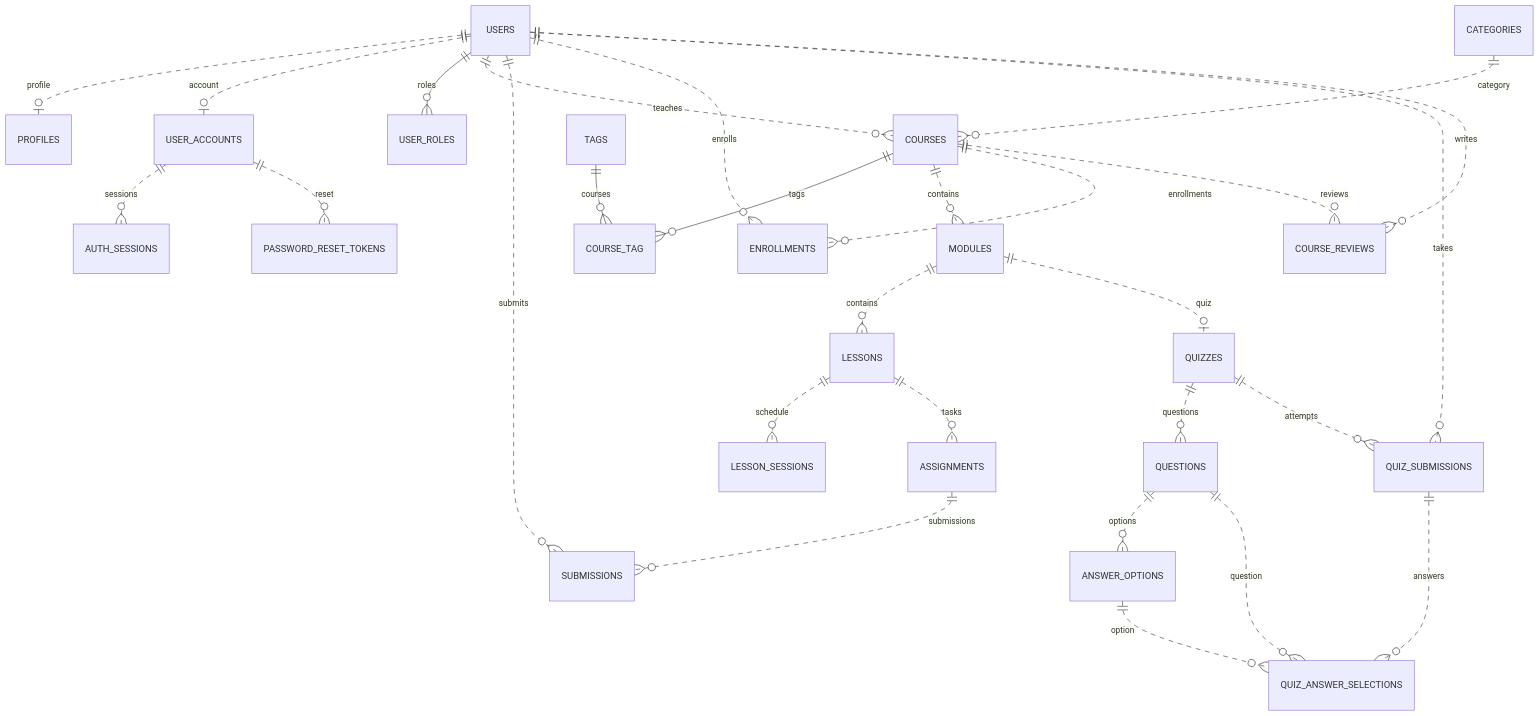
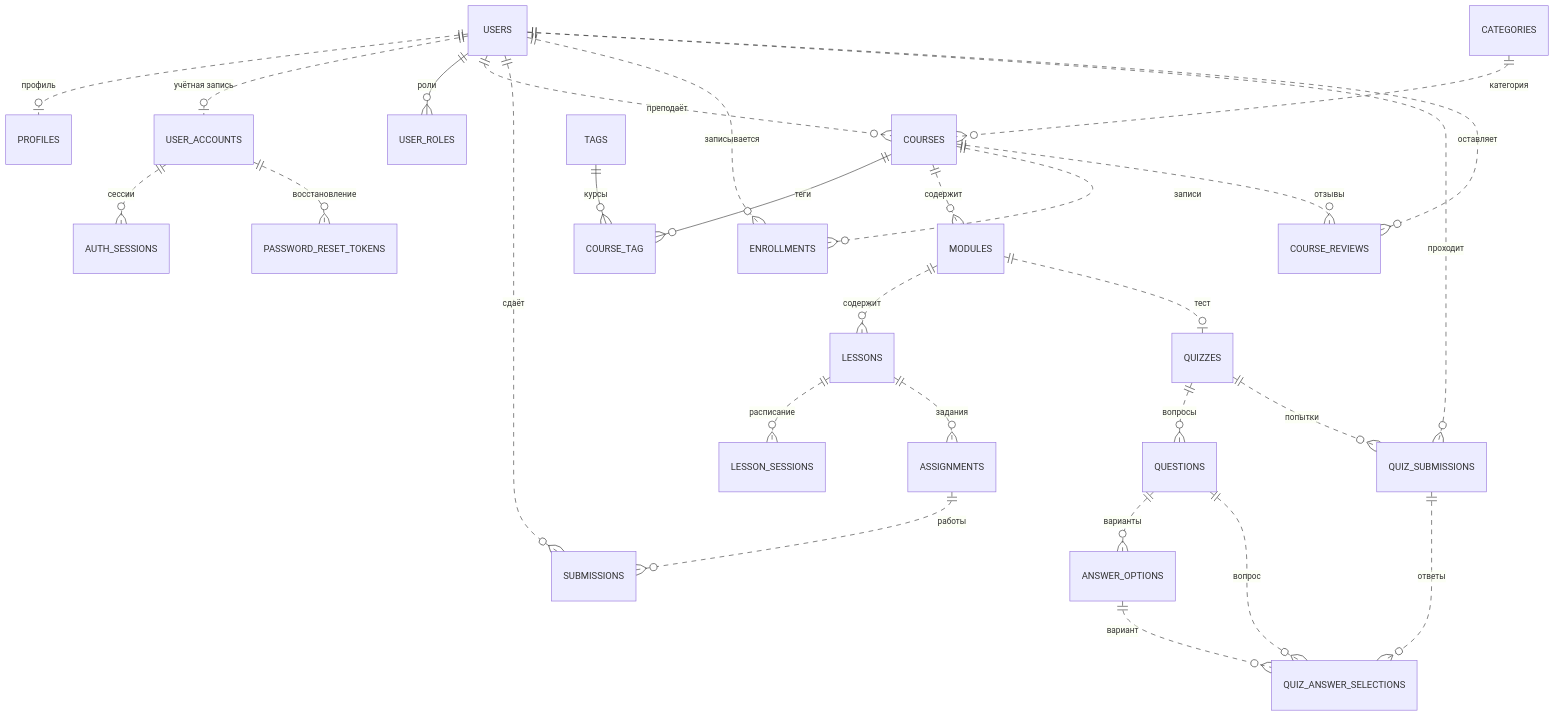
Before and after one commit to vkuryndin/CourseFlow: the third of 4 diagrams in docs/ARCHITECTURE.md, drawn with Mermaid. The commit also changed other lines of this file and 5 other files, not shown here.

````diff
--- a/docs/ARCHITECTURE.md
+++ b/docs/ARCHITECTURE.md
@@ -127,30 +166,30 @@
 ```mermaid
 erDiagram
-    USERS ||..o| PROFILES : profile
-    USERS ||..o| USER_ACCOUNTS : account
-    USERS ||--o{ USER_ROLES : roles
-    USER_ACCOUNTS ||..o{ AUTH_SESSIONS : sessions
-    USER_ACCOUNTS ||..o{ PASSWORD_RESET_TOKENS : reset
-    USERS ||..o{ COURSES : teaches
-    CATEGORIES ||..o{ COURSES : category
-    COURSES ||--o{ COURSE_TAG : tags
-    TAGS ||--o{ COURSE_TAG : courses
-    COURSES ||..o{ MODULES : contains
-    MODULES ||..o{ LESSONS : contains
-    LESSONS ||..o{ LESSON_SESSIONS : schedule
-    LESSONS ||..o{ ASSIGNMENTS : tasks
-    ASSIGNMENTS ||..o{ SUBMISSIONS : submissions
-    USERS ||..o{ SUBMISSIONS : submits
-    USERS ||..o{ ENROLLMENTS : enrolls
-    COURSES ||..o{ ENROLLMENTS : enrollments
-    MODULES ||..o| QUIZZES : quiz
-    QUIZZES ||..o{ QUESTIONS : questions
-    QUESTIONS ||..o{ ANSWER_OPTIONS : options
-    QUIZZES ||..o{ QUIZ_SUBMISSIONS : attempts
-    USERS ||..o{ QUIZ_SUBMISSIONS : takes
-    QUIZ_SUBMISSIONS ||..o{ QUIZ_ANSWER_SELECTIONS : answers
-    QUESTIONS ||..o{ QUIZ_ANSWER_SELECTIONS : question
-    ANSWER_OPTIONS ||..o{ QUIZ_ANSWER_SELECTIONS : option
-    USERS ||..o{ COURSE_REVIEWS : writes
-    COURSES ||..o{ COURSE_REVIEWS : reviews
+    USERS ||..o| PROFILES : "профиль"
+    USERS ||..o| USER_ACCOUNTS : "учётная запись"
+    USERS ||--o{ USER_ROLES : "роли"
+    USER_ACCOUNTS ||..o{ AUTH_SESSIONS : "сессии"
+    USER_ACCOUNTS ||..o{ PASSWORD_RESET_TOKENS : "восстановление"
+    USERS ||..o{ COURSES : "преподаёт"
+    CATEGORIES ||..o{ COURSES : "категория"
+    COURSES ||--o{ COURSE_TAG : "теги"
+    TAGS ||--o{ COURSE_TAG : "курсы"
+    COURSES ||..o{ MODULES : "содержит"
+    MODULES ||..o{ LESSONS : "содержит"
+    LESSONS ||..o{ LESSON_SESSIONS : "расписание"
+    LESSONS ||..o{ ASSIGNMENTS : "задания"
+    ASSIGNMENTS ||..o{ SUBMISSIONS : "работы"
+    USERS ||..o{ SUBMISSIONS : "сдаёт"
+    USERS ||..o{ ENROLLMENTS : "записывается"
+    COURSES ||..o{ ENROLLMENTS : "записи"
+    MODULES ||..o| QUIZZES : "тест"
+    QUIZZES ||..o{ QUESTIONS : "вопросы"
+    QUESTIONS ||..o{ ANSWER_OPTIONS : "варианты"
+    QUIZZES ||..o{ QUIZ_SUBMISSIONS : "попытки"
+    USERS ||..o{ QUIZ_SUBMISSIONS : "проходит"
+    QUIZ_SUBMISSIONS ||..o{ QUIZ_ANSWER_SELECTIONS : "ответы"
+    QUESTIONS ||..o{ QUIZ_ANSWER_SELECTIONS : "вопрос"
+    ANSWER_OPTIONS ||..o{ QUIZ_ANSWER_SELECTIONS : "вариант"
+    USERS ||..o{ COURSE_REVIEWS : "оставляет"
+    COURSES ||..o{ COURSE_REVIEWS : "отзывы"
 ```
````
